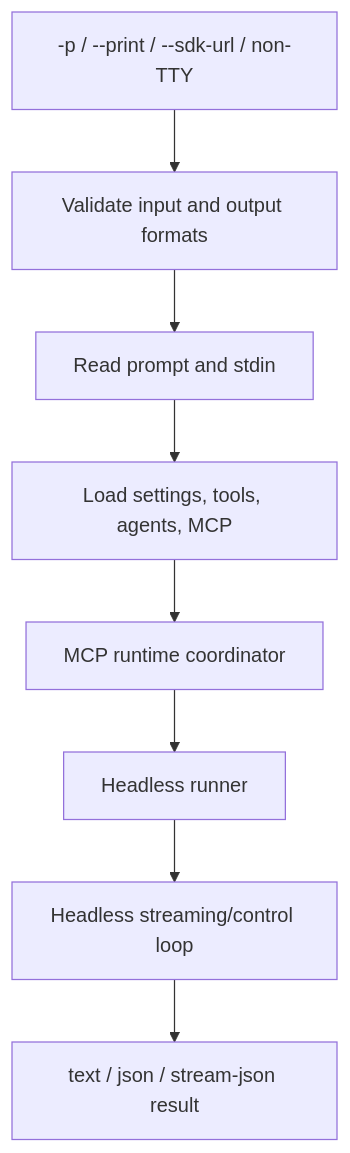
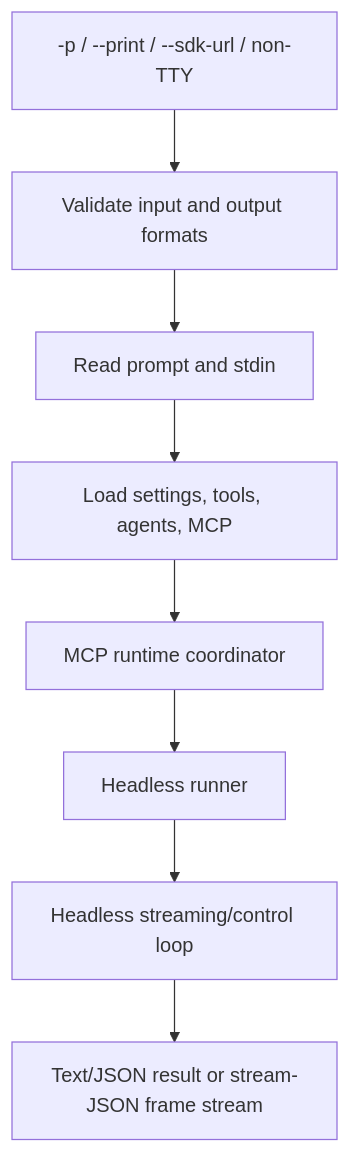
The first of 2 diagrams in docs/02-context-model-loop/headless-streaming-and-resilience.md (vibewatch/claude-code-internals), drawn with Mermaid before and after one commit. The commit also changed other lines of this file and 27 other files, not shown here.

````diff
--- a/docs/02-context-model-loop/headless-streaming-and-resilience.md
+++ b/docs/02-context-model-loop/headless-streaming-and-resilience.md
@@ -27,10 +27,10 @@
 ```mermaid
 flowchart TD
     Args[-p / --print / --sdk-url / non-TTY] --> Validate[Validate input and output formats]
     Validate --> Prompt[Read prompt and stdin]
     Prompt --> Setup[Load settings, tools, agents, MCP]
     Setup --> MCP[MCP runtime coordinator]
     MCP --> Runner[Headless runner]
     Runner --> Loop[Headless streaming/control loop]
-    Loop --> Result[text / json / stream-json result]
+    Loop --> Output[Text/JSON result or stream-JSON frame stream]
 ```
````
